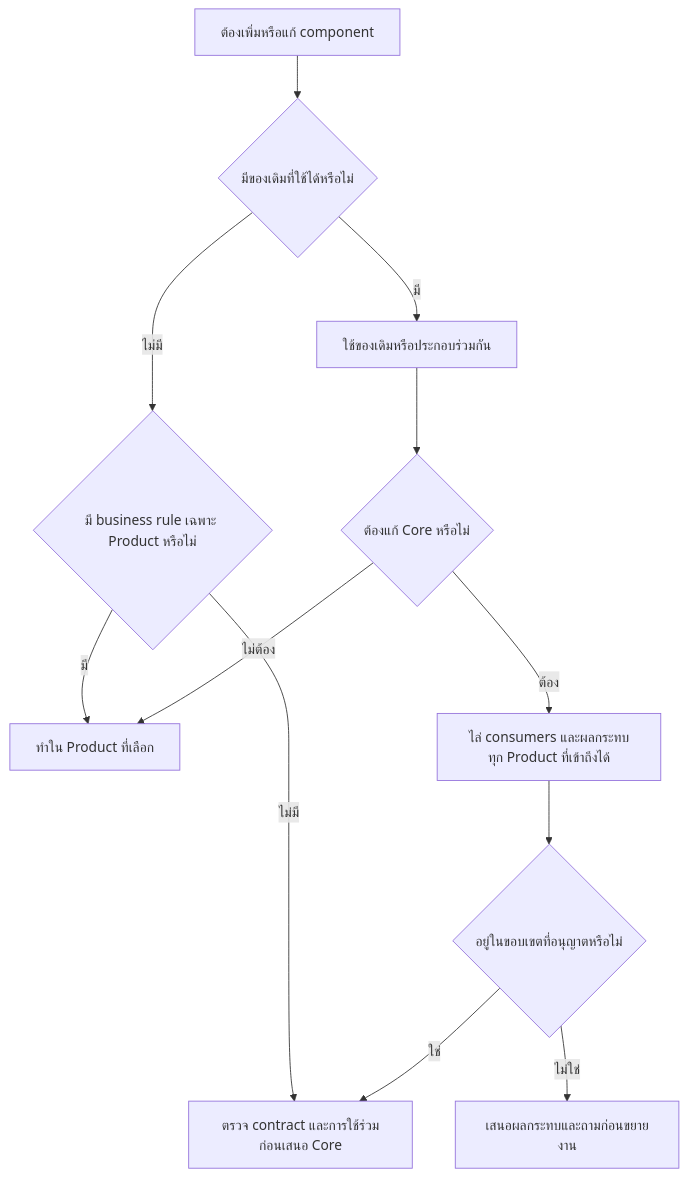
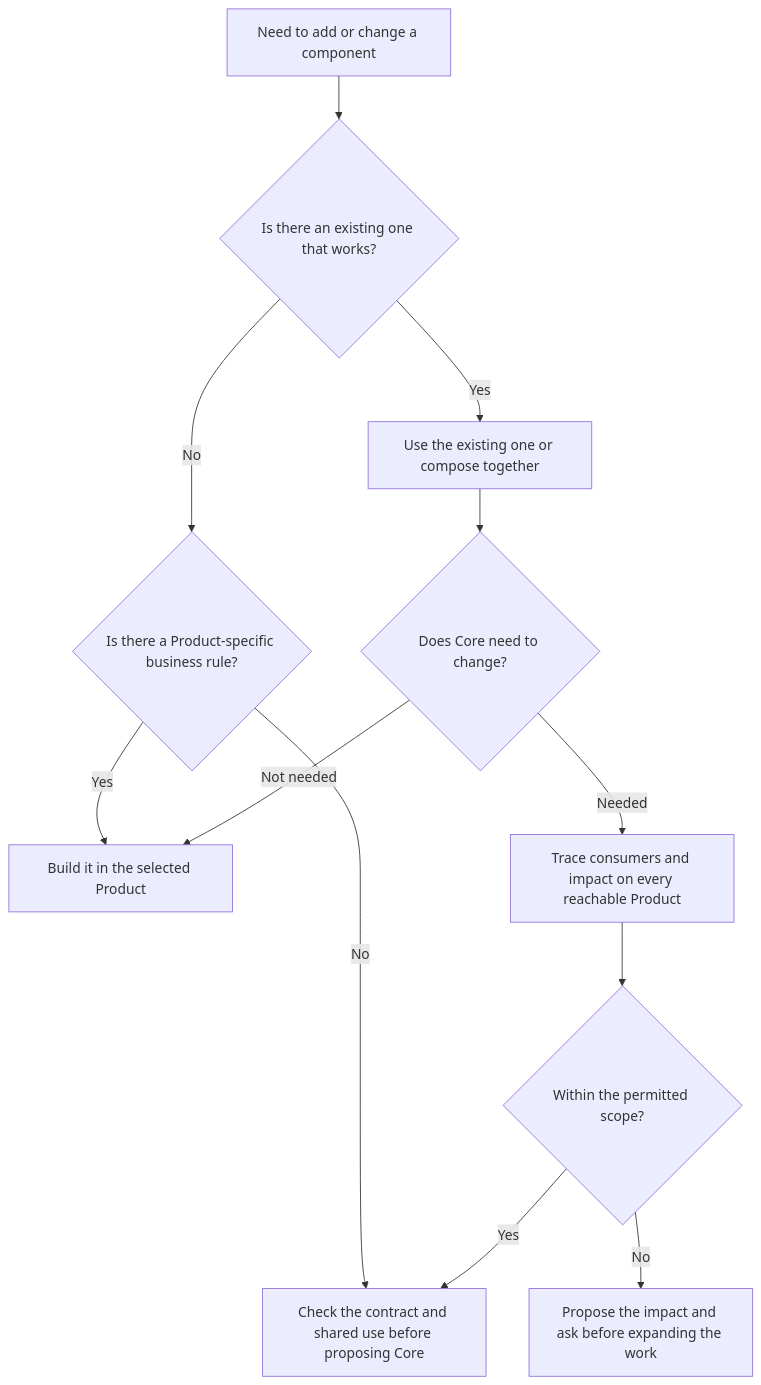
One commit to PraewNAT/cariva-design-workspace changed the second of 3 diagrams in design-system/rules/ui-workflow.md. Above: the diagram before and after it, drawn with Mermaid. The commit also changed other lines of this file and 190 other files, not shown here.

````diff
--- a/design-system/rules/ui-workflow.md
+++ b/design-system/rules/ui-workflow.md
@@ -146,14 +146,14 @@
 ```mermaid
 flowchart TD
-  Need["ต้องเพิ่มหรือแก้ component"] --> Existing{"มีของเดิมที่ใช้ได้หรือไม่"}
-  Existing -->|มี| Compose["ใช้ของเดิมหรือประกอบร่วมกัน"]
-  Existing -->|ไม่มี| Specific{"มี business rule เฉพาะ Product หรือไม่"}
-  Specific -->|มี| Local["ทำใน Product ที่เลือก"]
-  Specific -->|ไม่มี| Shared["ตรวจ contract และการใช้ร่วมก่อนเสนอ Core"]
-  Compose --> CoreChange{"ต้องแก้ Core หรือไม่"}
-  CoreChange -->|ไม่ต้อง| Local
-  CoreChange -->|ต้อง| Impact["ไล่ consumers และผลกระทบทุก Product ที่เข้าถึงได้"]
-  Impact --> Scope{"อยู่ในขอบเขตที่อนุญาตหรือไม่"}
-  Scope -->|ใช่| Shared
-  Scope -->|ไม่ใช่| Propose["เสนอผลกระทบและถามก่อนขยายงาน"]
+  Need["Need to add or change a component"] --> Existing{"Is there an existing one that works?"}
+  Existing -->|Yes| Compose["Use the existing one or compose together"]
+  Existing -->|No| Specific{"Is there a Product-specific business rule?"}
+  Specific -->|Yes| Local["Build it in the selected Product"]
+  Specific -->|No| Shared["Check the contract and shared use before proposing Core"]
+  Compose --> CoreChange{"Does Core need to change?"}
+  CoreChange -->|Not needed| Local
+  CoreChange -->|Needed| Impact["Trace consumers and impact on every reachable Product"]
+  Impact --> Scope{"Within the permitted scope?"}
+  Scope -->|Yes| Shared
+  Scope -->|No| Propose["Propose the impact and ask before expanding the work"]
 ```
````
